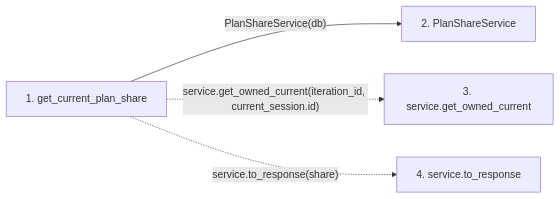
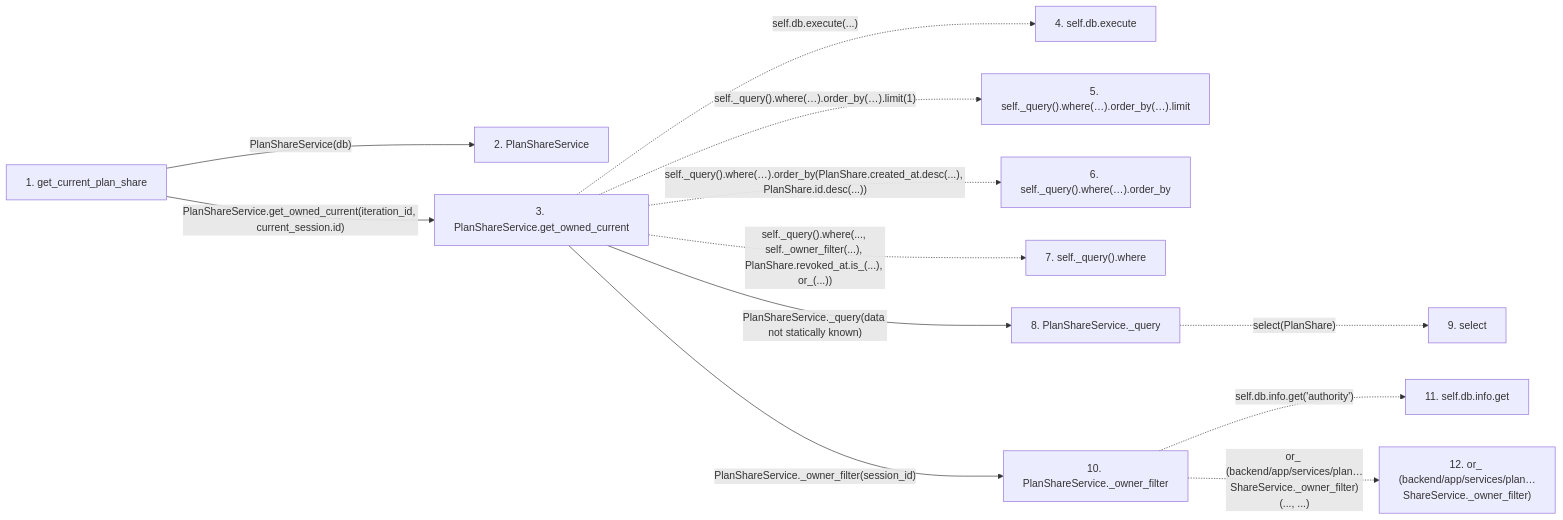
The second of 2 diagrams in docs/llm_wiki/flows/http-get_current_plan_share.md (Denissvgn/WorkChord), drawn with Mermaid before and after one commit. The commit also changed other lines of this file and 25171 other files, not shown here.

````diff
--- a/docs/llm_wiki/flows/http-get_current_plan_share.md
+++ b/docs/llm_wiki/flows/http-get_current_plan_share.md
@@ -24,12 +92,31 @@
 ```mermaid
 flowchart LR
     s1["1. get_current_plan_share"]
     s2["2. PlanShareService"]
-    s3["3. service.get_owned_current"]
-    s4["4. service.to_response"]
+    s3["3. PlanShareService.get_owned_current"]
+    s4["4. self.db.execute"]
+    s5["5. self._query().where(…).order_by(…).limit"]
+    s6["6. self._query().where(…).order_by"]
+    s7["7. self._query().where"]
+    s8["8. PlanShareService._query"]
+    s9["9. select"]
+    s10["10. PlanShareService._owner_filter"]
+    s11["11. self.db.info.get"]
+    s12["12. or_ (backend/app/services/plan…ShareService._owner_filter)"]
     s1 -->|"PlanShareService(db)"| s2
-    s1 -. "service.get_owned_current(iteration_id, current_session.id)" .-> s3
-    s1 -. "service.to_response(share)" .-> s4
+    s1 -->|"PlanShareService.get_owned_current(iteration_id, current_session.id)"| s3
+    s3 -. "self.db.execute(...)" .-> s4
+    s3 -. "self._query().where(…).order_by(…).limit(1)" .-> s5
+    s3 -. "self._query().where(…).order_by(PlanShare.created_at.desc(...), PlanShare.id.desc(...))" .-> s6
+    s3 -. "self._query().where(..., self._owner_filter(...), PlanShare.revoked_at.is_(...), or_(...))" .-> s7
+    s3 -->|"PlanShareService._query(data not statically known)"| s8
+    s8 -. "select(PlanShare)" .-> s9
+    s3 -->|"PlanShareService._owner_filter(session_id)"| s10
+    s10 -. "self.db.info.get('authority')" .-> s11
+    s10 -. "or_ (backend/app/services/plan…ShareService._owner_filter)(..., ...)" .-> s12
     click s1 "../modules/plan_shares.md"
     click s2 "../modules/plan_share_service.md"
+    click s3 "../modules/plan_share_service.md"
+    click s8 "../modules/plan_share_service.md"
+    click s10 "../modules/plan_share_service.md"
 ```
````
